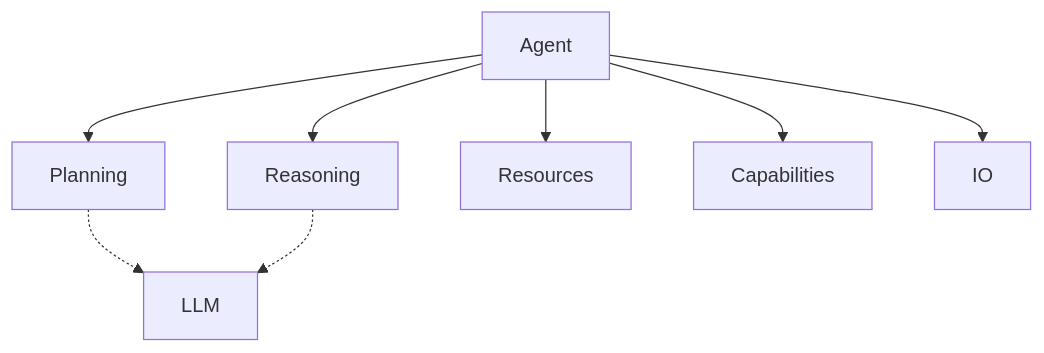
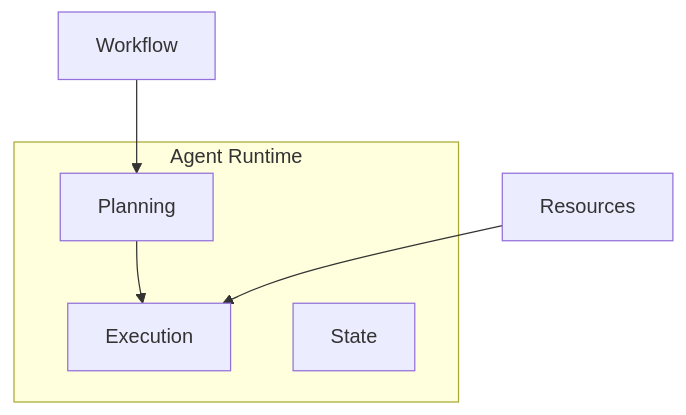
One commit to aitomatic/dana changed the first of 2 diagrams in dxa/core/agent/README.md. Above: the diagram before and after it, drawn with Mermaid. The commit also changed other lines of this file and 38 other files, not shown here.

````diff
--- a/dxa/core/agent/README.md
+++ b/dxa/core/agent/README.md
@@ -108,11 +65,12 @@
 ```mermaid
 graph TB
-    A[Agent] --> B[Planning]
-    A --> C[Reasoning]
-    A --> D[Resources]
-    A --> E[Capabilities]
-    A --> F[IO]
+    W[Workflow] --> P[Planning]
+    P --> E[Execution]
+    R[Resources] --> E
     
-    B -.-> G[LLM]
-    C -.-> G
+    subgraph "Agent Runtime"
+        P
+        E
+        S[State]
+    end
 ```
````
